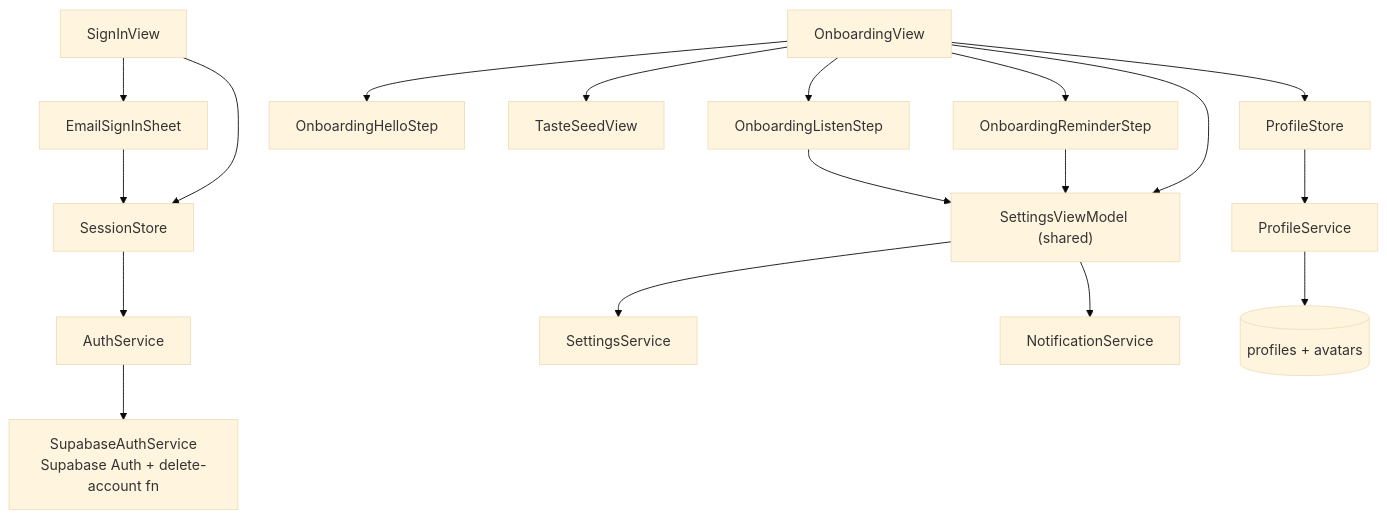
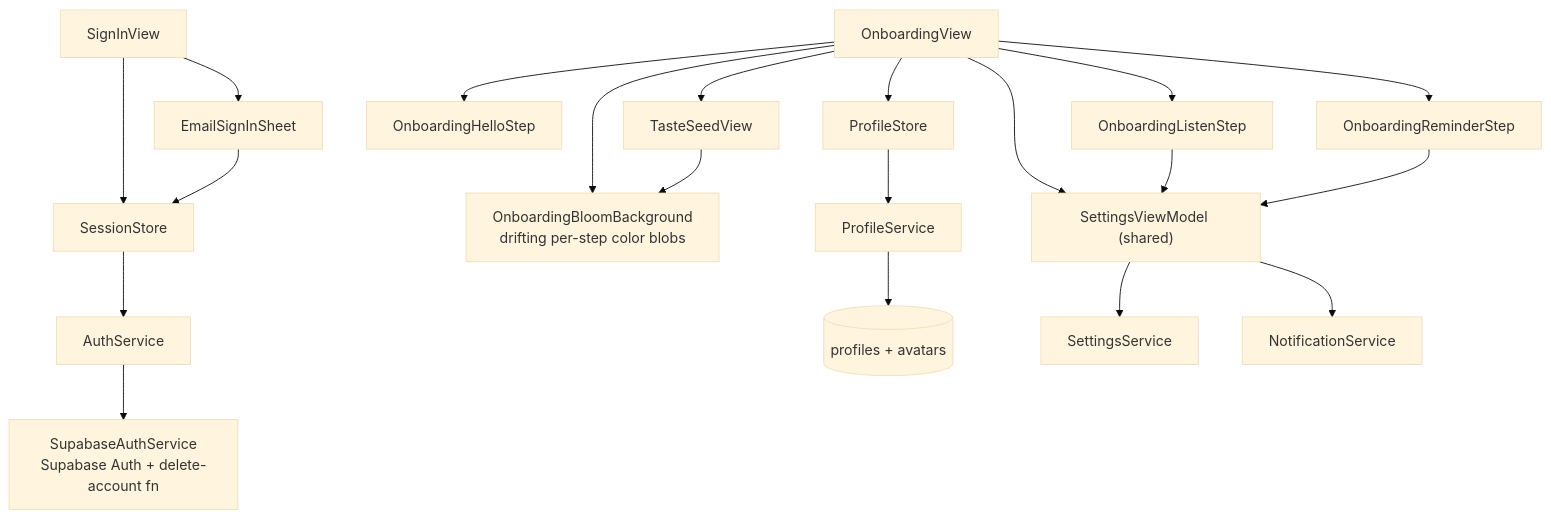
Before and after one commit to max-hagi/Daily-Music: the tenth of 12 diagrams in docs/ARCHITECTURE.md, drawn with Mermaid (base theme). The commit also changed other lines of this file, not shown here.

Commit message:
docs: architecture map — onboarding bloom redesign

````diff
--- a/docs/ARCHITECTURE.md
+++ b/docs/ARCHITECTURE.md
@@ -355,18 +355,20 @@
 ```mermaid
 flowchart TD
     SignInView --> EmailSignInSheet
     SignInView --> Session["SessionStore"]
     EmailSignInSheet --> Session
     Session --> AuthService --> SupaAuth["SupabaseAuthService<br/>Supabase Auth + delete-account fn"]
 
+    OnboardingView --> Bloom["OnboardingBloomBackground<br/>drifting per-step color blobs"]
+    TasteSeedView --> Bloom
     OnboardingView --> OnboardingHelloStep
     OnboardingView --> TasteSeedView
     OnboardingView --> OnboardingListenStep
     OnboardingView --> OnboardingReminderStep
     OnboardingView --> SettingsVM["SettingsViewModel (shared)"]
     OnboardingView --> ProfileStore
     OnboardingListenStep --> SettingsVM
     OnboardingReminderStep --> SettingsVM
     ProfileStore --> ProfileService --> profiles[("profiles + avatars")]
     SettingsVM --> SettingsService & NotificationService
 ```
````
